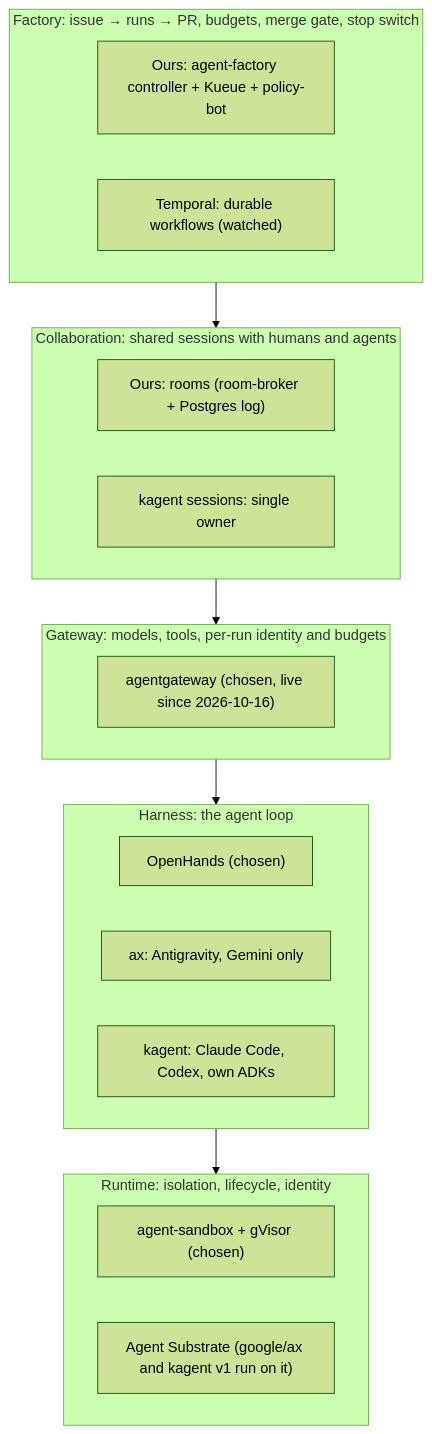
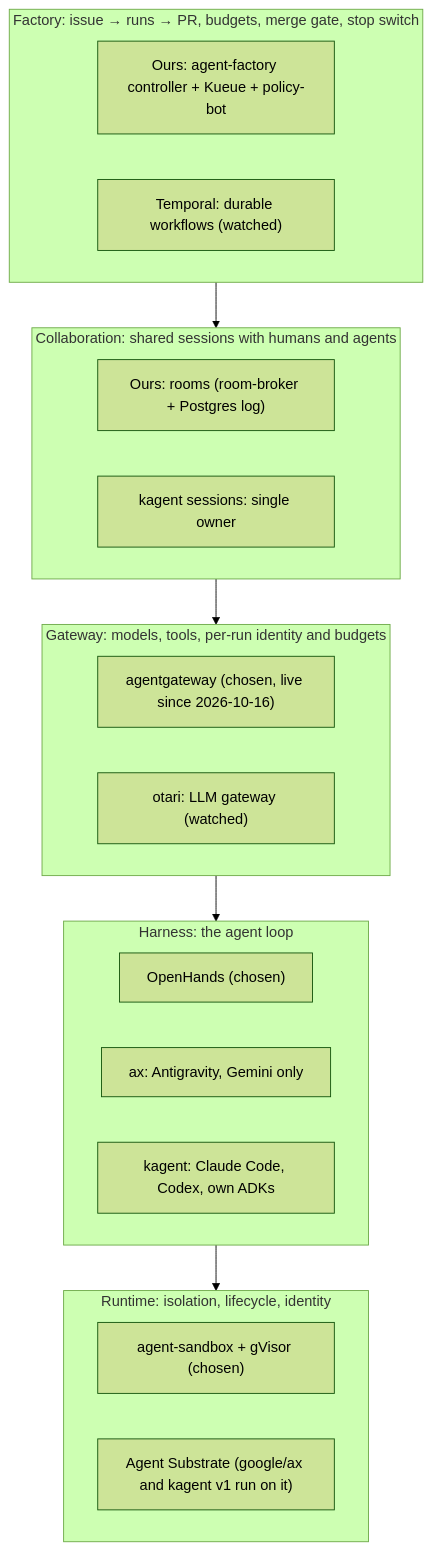
The diagram in website/content/docs/platform/ai-platform/agents/alternatives.md (Smana/ai-native-ref), drawn with Mermaid (forest theme) before and after one commit. The commit also changed other lines of this file and 1 other file, not shown here.

Commit message:
docs(alternatives): otari, Mozilla.ai's LLM gateway, evaluated: watch

````diff
--- a/website/content/docs/platform/ai-platform/agents/alternatives.md
+++ b/website/content/docs/platform/ai-platform/agents/alternatives.md
@@ -40,24 +40,25 @@
 ```mermaid
 flowchart TB
   subgraph L5["Factory: issue → runs → PR, budgets, merge gate, stop switch"]
     F5["Ours: agent-factory controller + Kueue + policy-bot"]
     T5["Temporal: durable workflows (watched)"]
   end
   subgraph L4["Collaboration: shared sessions with humans and agents"]
     F4["Ours: rooms (room-broker + Postgres log)"]
     K4["kagent sessions: single owner"]
   end
   subgraph L3["Gateway: models, tools, per-run identity and budgets"]
     F3["agentgateway (chosen, live since 2026-10-16)"]
+    O3["otari: LLM gateway (watched)"]
   end
   subgraph L2["Harness: the agent loop"]
     F2["OpenHands (chosen)"]
     A2["ax: Antigravity, Gemini only"]
     K2["kagent: Claude Code, Codex, own ADKs"]
   end
   subgraph L1["Runtime: isolation, lifecycle, identity"]
     F1["agent-sandbox + gVisor (chosen)"]
     S1["Agent Substrate (google/ax and kagent v1 run on it)"]
   end
   L5 --> L4 --> L3 --> L2 --> L1
 ```
````
